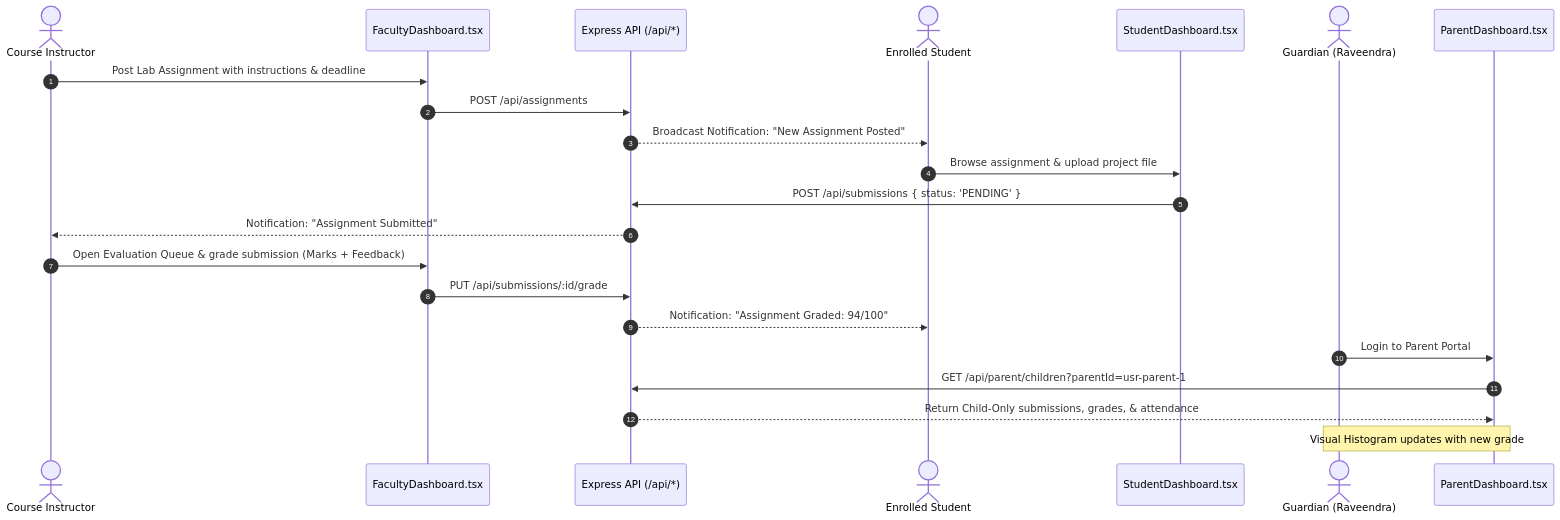
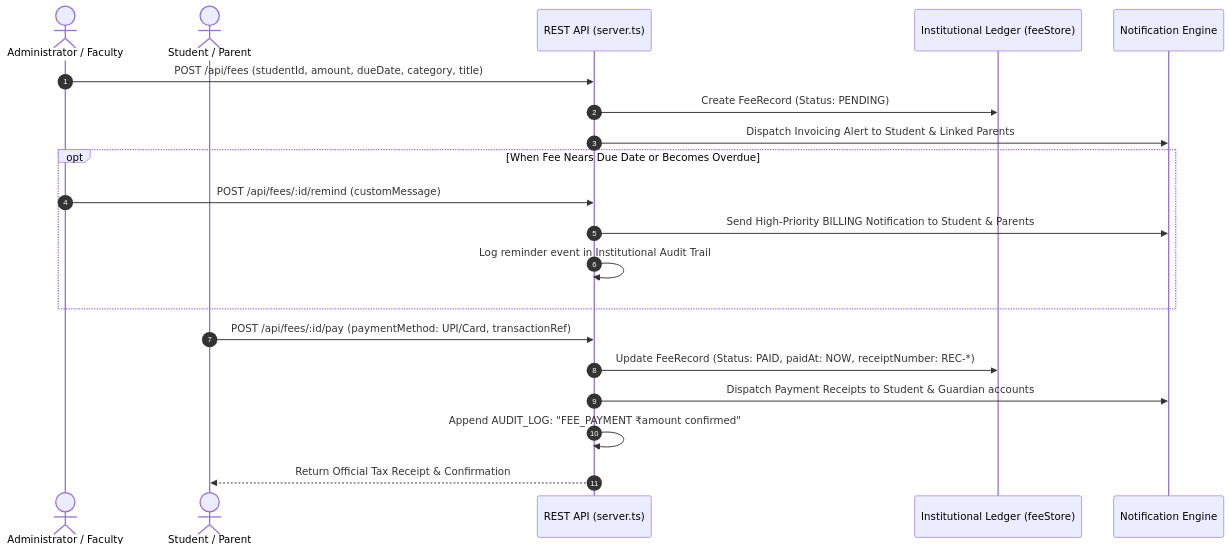
Before and after one commit to Techmasternikhil/Edutrack: the third of 5 diagrams in EduTrack_LMS_Project_Report.md, drawn with Mermaid. The commit also changed other lines of this file and 13 other files, not shown here.

Commit message:
feat(academic): implement official AY 2026-2027 curriculum, attendance engine, and 10 Indian students with parents

````diff
--- a/EduTrack_LMS_Project_Report.md
+++ b/EduTrack_LMS_Project_Report.md
@@ -148,28 +179,25 @@
 ```mermaid
 sequenceDiagram
     autonumber
-    actor Faculty as Course Instructor
-    participant FacUI as FacultyDashboard.tsx
-    participant API as Express API (/api/*)
-    actor Student as Enrolled Student
-    participant StuUI as StudentDashboard.tsx
-    actor Parent as Guardian (Raveendra)
-    participant ParUI as ParentDashboard.tsx
+    actor Admin as Administrator / Faculty
+    actor Student as Student / Parent
+    participant Server as REST API (server.ts)
+    participant Store as Institutional Ledger (feeStore)
+    participant Notif as Notification Engine
 
-    Faculty->>FacUI: Post Lab Assignment with instructions & deadline
-    FacUI->>API: POST /api/assignments
-    API-->>Student: Broadcast Notification: "New Assignment Posted"
+    Admin->>Server: POST /api/fees (studentId, amount, dueDate, category, title)
+    Server->>Store: Create FeeRecord (Status: PENDING)
+    Server->>Notif: Dispatch Invoicing Alert to Student & Linked Parents
+    
+    opt When Fee Nears Due Date or Becomes Overdue
+        Admin->>Server: POST /api/fees/:id/remind (customMessage)
+        Server->>Notif: Send High-Priority BILLING Notification to Student & Parents
+        Server->>Server: Log reminder event in Institutional Audit Trail
+    end
 
-    Student->>StuUI: Browse assignment & upload project file
-    StuUI->>API: POST /api/submissions { status: 'PENDING' }
-    API-->>Faculty: Notification: "Assignment Submitted"
-
-    Faculty->>FacUI: Open Evaluation Queue & grade submission (Marks + Feedback)
-    FacUI->>API: PUT /api/submissions/:id/grade
-    API-->>Student: Notification: "Assignment Graded: 94/100"
-
-    Parent->>ParUI: Login to Parent Portal
-    ParUI->>API: GET /api/parent/children?parentId=usr-parent-1
-    API-->>ParUI: Return Child-Only submissions, grades, & attendance
-    Note over Parent,ParUI: Visual Histogram updates with new grade
+    Student->>Server: POST /api/fees/:id/pay (paymentMethod: UPI/Card, transactionRef)
+    Server->>Store: Update FeeRecord (Status: PAID, paidAt: NOW, receiptNumber: REC-*)
+    Server->>Notif: Dispatch Payment Receipts to Student & Guardian accounts
+    Server->>Server: Append AUDIT_LOG: "FEE_PAYMENT ₹amount confirmed"
+    Server-->>Student: Return Official Tax Receipt & Confirmation
 ```
````
